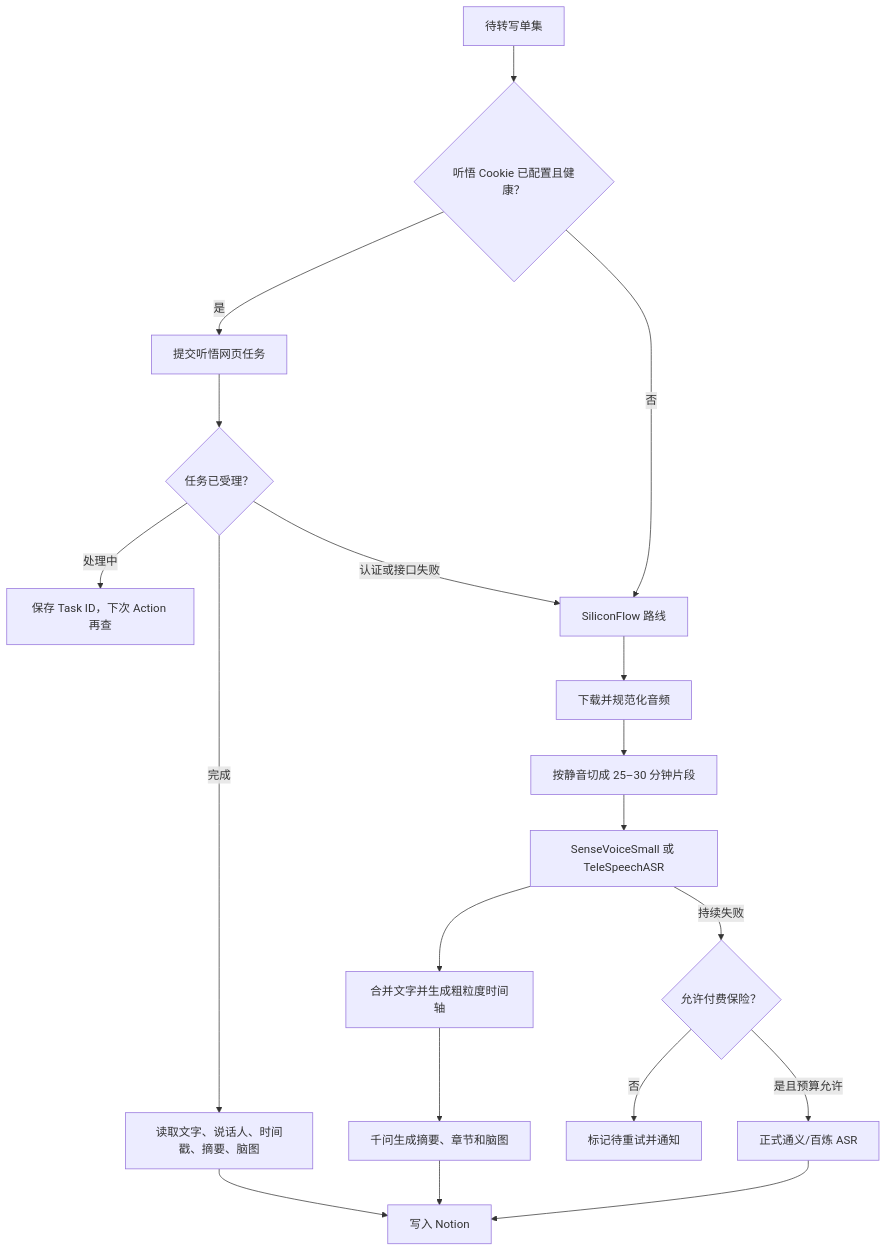
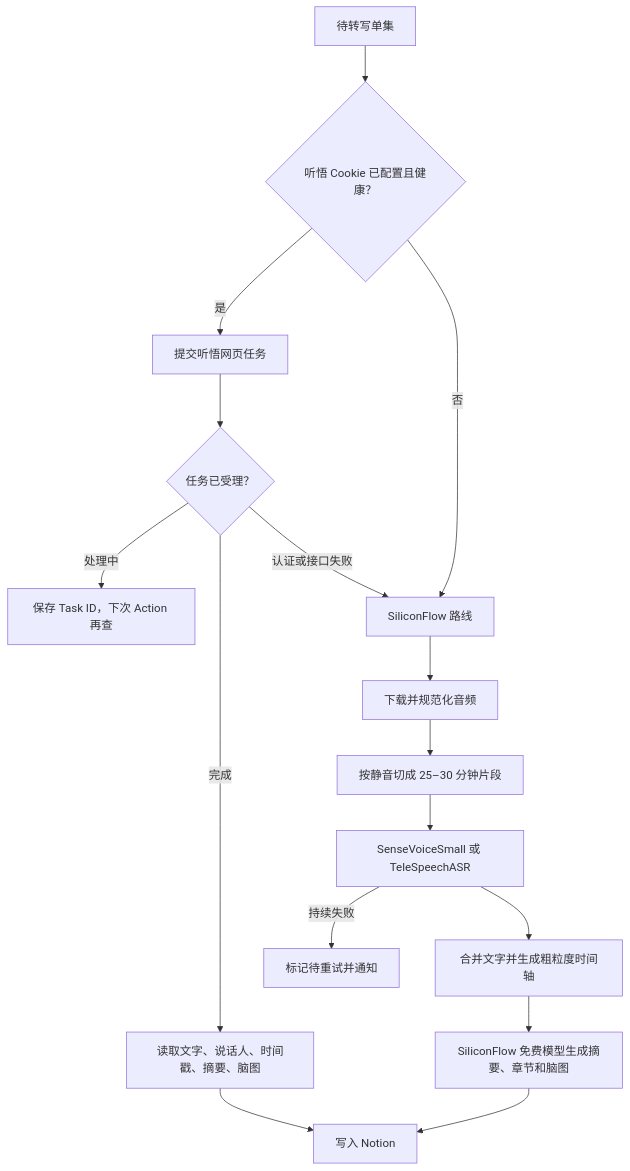
Before and after one commit to guoyingwei6/Xyz2Notion: the diagram in outputs/语音识别方案全面调查与Fallback设计.md, drawn with Mermaid. The commit also changed other lines of this file and 32 other files, not shown here.

Commit message:
feat: use SiliconFlow free models for AI enrichment

````diff
--- a/outputs/语音识别方案全面调查与Fallback设计.md
+++ b/outputs/语音识别方案全面调查与Fallback设计.md
@@ -179,21 +175,18 @@
 ```mermaid
 flowchart TD
     A["待转写单集"] --> B{"听悟 Cookie 已配置且健康？"}
     B -- "是" --> C["提交听悟网页任务"]
     C --> D{"任务已受理？"}
     D -- "处理中" --> E["保存 Task ID，下次 Action 再查"]
     D -- "完成" --> F["读取文字、说话人、时间戳、摘要、脑图"]
     D -- "认证或接口失败" --> G["SiliconFlow 路线"]
     B -- "否" --> G
     G --> H["下载并规范化音频"]
     H --> I["按静音切成 25–30 分钟片段"]
     I --> J["SenseVoiceSmall 或 TeleSpeechASR"]
     J --> K["合并文字并生成粗粒度时间轴"]
-    K --> L["千问生成摘要、章节和脑图"]
-    J -- "持续失败" --> M{"允许付费保险？"}
-    M -- "否" --> N["标记待重试并通知"]
-    M -- "是且预算允许" --> O["正式通义/百炼 ASR"]
+    K --> L["SiliconFlow 免费模型生成摘要、章节和脑图"]
+    J -- "持续失败" --> N["标记待重试并通知"]
     F --> P["写入 Notion"]
     L --> P
-    O --> P
 ```
````
